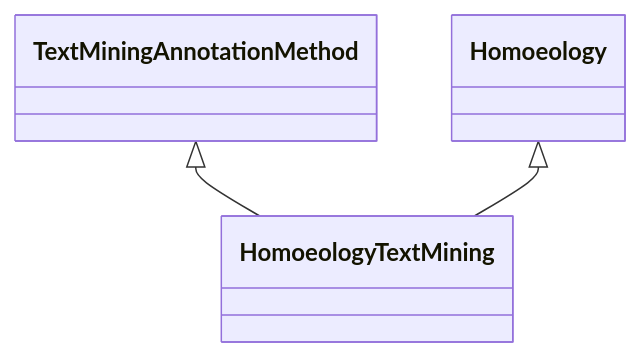
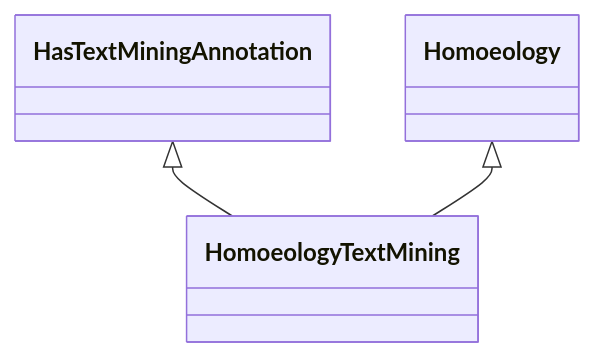
Before and after one commit to KnetMiner/knetminer-schemas: the diagram in semantic-motif-taxonomy/knet-motif-categories-doc/HomoeologyTextMining.md, drawn with Mermaid. The commit also changed other lines of this file and 59 other files, not shown here.

````diff
--- a/semantic-motif-taxonomy/knet-motif-categories-doc/HomoeologyTextMining.md
+++ b/semantic-motif-taxonomy/knet-motif-categories-doc/HomoeologyTextMining.md
@@ -21,11 +21,11 @@
 ```mermaid
  classDiagram
     class HomoeologyTextMining
     click HomoeologyTextMining href "../HomoeologyTextMining"
-      TextMiningAnnotationMethod <|-- HomoeologyTextMining
-        click TextMiningAnnotationMethod href "../TextMiningAnnotationMethod"
+      HasTextMiningAnnotation <|-- HomoeologyTextMining
+        click HasTextMiningAnnotation href "../HasTextMiningAnnotation"
       Homoeology <|-- HomoeologyTextMining
         click Homoeology href "../Homoeology"
       
       
 ```
````
